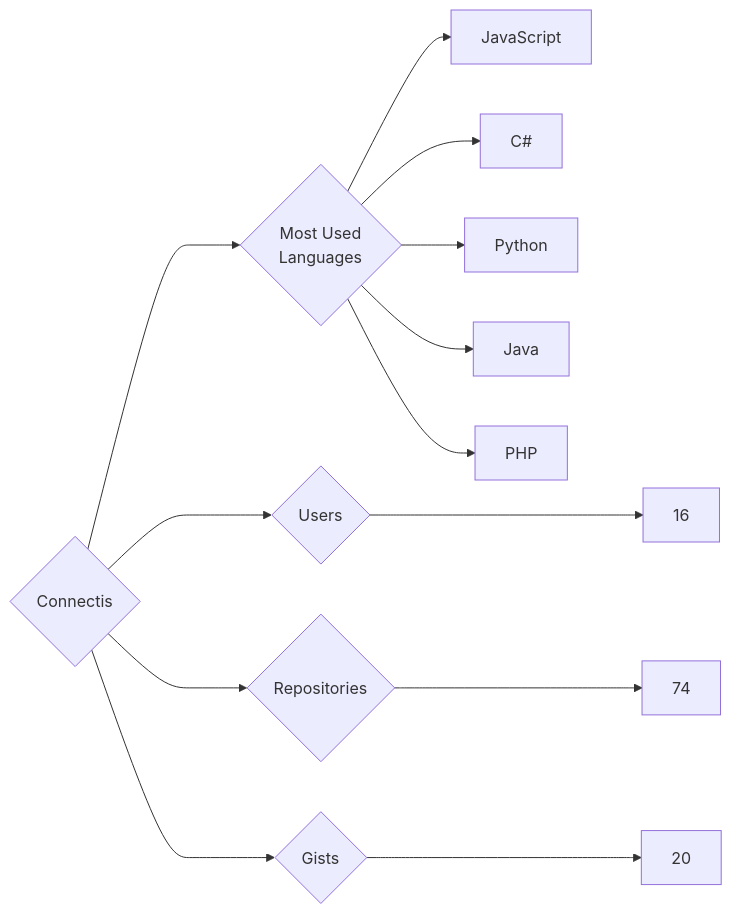
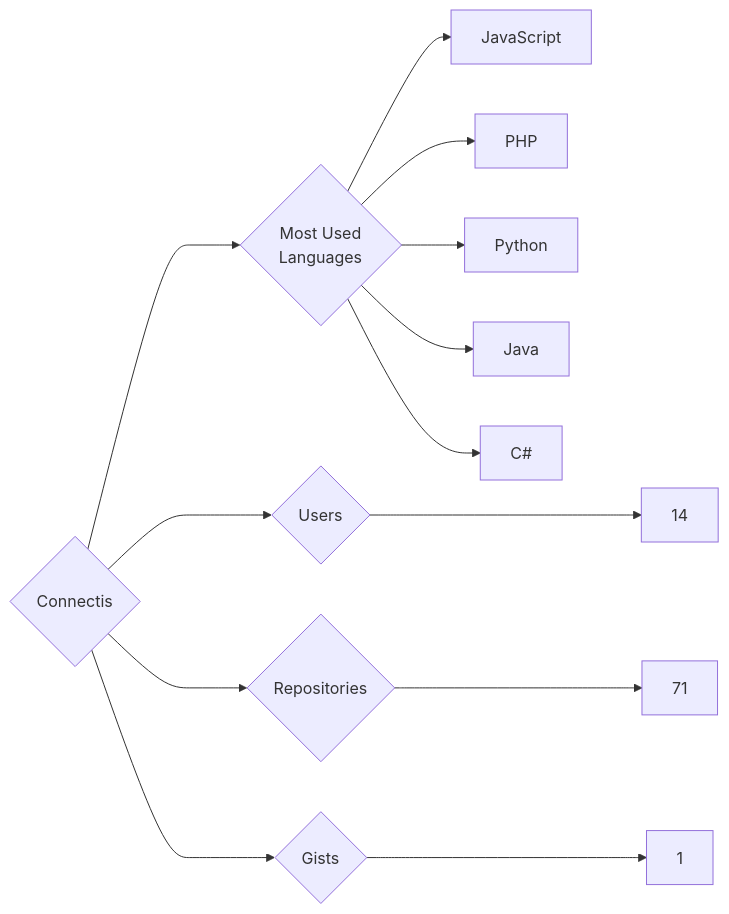
Before and after one commit to trickest/insiders: the diagram in targets/Connectis/README.md, drawn with Mermaid. The commit also changed 870 other files, not shown here.

````diff
--- a/targets/Connectis/README.md
+++ b/targets/Connectis/README.md
@@ -3,13 +3,13 @@
 ```mermaid
 graph LR
 COMPANY_NAME{Connectis}
-COMPANY_NAME ---> U{Users} ---> UN[16]
-COMPANY_NAME ---> R{Repositories} ---> RN[74]
-COMPANY_NAME ---> G{Gists} ---> GN[20]
+COMPANY_NAME ---> U{Users} ---> UN[14]
+COMPANY_NAME ---> R{Repositories} ---> RN[71]
+COMPANY_NAME ---> G{Gists} ---> GN[1]
 COMPANY_NAME ---> ML{Most Used<br>Languages}
 ML --> JavaScript[JavaScript]
-ML --> C#[C#]
+ML --> PHP[PHP]
 ML --> Python[Python]
 ML --> Java[Java]
-ML --> PHP[PHP]
+ML --> C#[C#]
 ```
````
